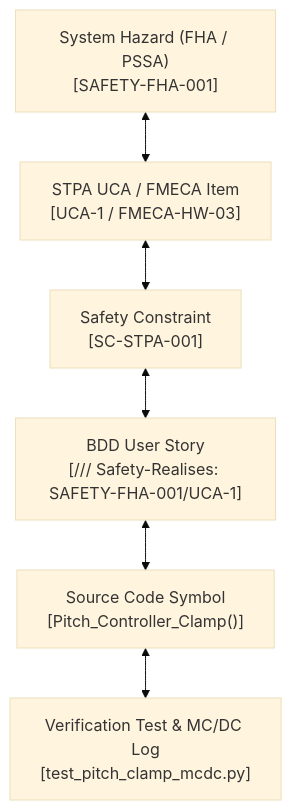
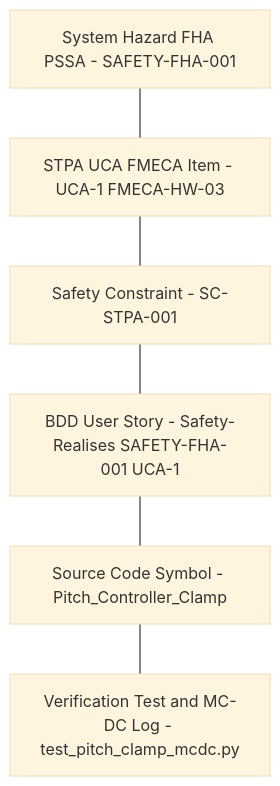
One commit to gintatkinson/DEAP-spec-core changed the eighth of 8 diagrams in docs/architecture/blueprints/DEAP_FLIGHT_SYSTEMS_SAFETY_CONCEPT_PAPER.md. Above: the diagram before and after it, drawn with Mermaid (base theme). The commit also changed other lines of this file and 5 other files, not shown here.

````diff
--- a/docs/architecture/blueprints/DEAP_FLIGHT_SYSTEMS_SAFETY_CONCEPT_PAPER.md
+++ b/docs/architecture/blueprints/DEAP_FLIGHT_SYSTEMS_SAFETY_CONCEPT_PAPER.md
@@ -681,8 +681,8 @@
 ```mermaid
 flowchart TD
-    FHA["System Hazard (FHA / PSSA)\n[SAFETY-FHA-001]"] <--> STPA["STPA UCA / FMECA Item\n[UCA-1 / FMECA-HW-03]"]
-    STPA <--> Constraint["Safety Constraint\n[SC-STPA-001]"]
-    Constraint <--> BDD["BDD User Story\n[/// Safety-Realises: SAFETY-FHA-001/UCA-1]"]
-    BDD <--> Implementation["Source Code Symbol\n[Pitch_Controller_Clamp()]"]
-    Implementation <--> Test_Log["Verification Test & MC/DC Log\n[test_pitch_clamp_mcdc.py]"]
+    FHA["System Hazard FHA PSSA - SAFETY-FHA-001"] --- STPA["STPA UCA FMECA Item - UCA-1 FMECA-HW-03"]
+    STPA --- Constraint["Safety Constraint - SC-STPA-001"]
+    Constraint --- BDD["BDD User Story - Safety-Realises SAFETY-FHA-001 UCA-1"]
+    BDD --- Implementation["Source Code Symbol - Pitch_Controller_Clamp"]
+    Implementation --- Test_Log["Verification Test and MC-DC Log - test_pitch_clamp_mcdc.py"]
 ```
````
